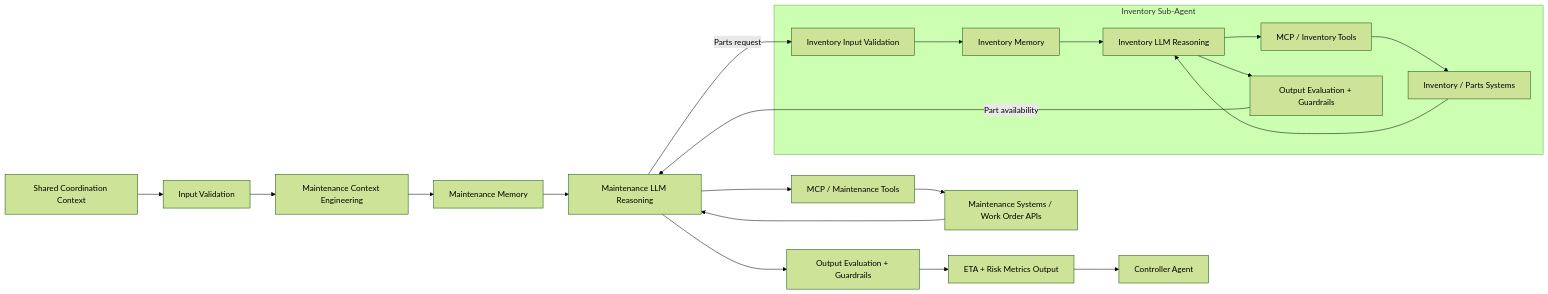
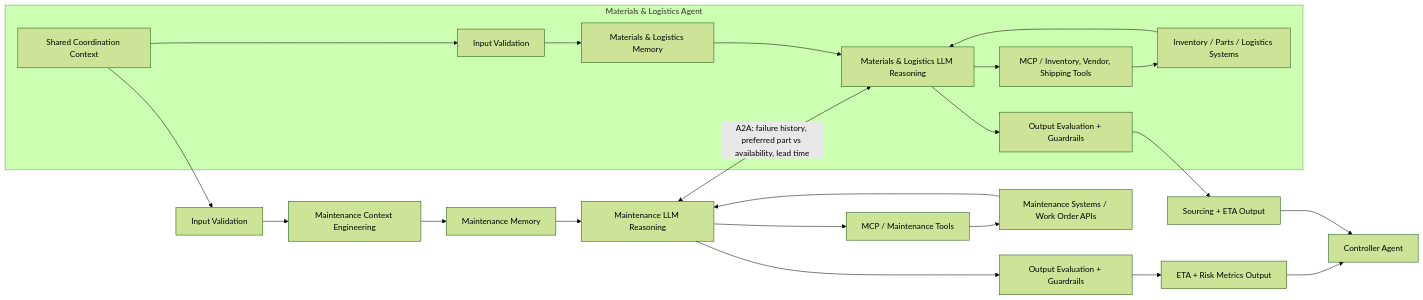
The third of 5 diagrams in docs/proposal.md (jguttikonda/fde_us03_cap), drawn with Mermaid (forest theme) before and after one commit. The commit also changed other lines of this file and 9 other files, not shown here.

````diff
--- a/docs/proposal.md
+++ b/docs/proposal.md
@@ -289,23 +315,25 @@
 ```mermaid
 flowchart LR
     SharedCtx[Shared Coordination Context] --> ValidateM[Input Validation]
     ValidateM --> MCtx[Maintenance Context Engineering]
     MCtx --> MMem[Maintenance Memory]
     MMem --> MLLM[Maintenance LLM Reasoning]
     MLLM --> MTools[MCP / Maintenance Tools]
     MTools --> MAPIs[Maintenance Systems / Work Order APIs]
     MAPIs --> MLLM
-    MLLM -->|Parts request| ValidateI[Inventory Input Validation]
-    subgraph InvSub[Inventory Sub-Agent]
-        ValidateI --> IMem[Inventory Memory]
-        IMem --> ILLM[Inventory LLM Reasoning]
-        ILLM --> ITools[MCP / Inventory Tools]
-        ITools --> IAPIs[Inventory / Parts Systems]
+    MLLM <-->|A2A: failure history, preferred part vs availability, lead time| ILLM
+    subgraph MLG[Materials & Logistics Agent]
+        SharedCtx --> ValidateI[Input Validation]
+        ValidateI --> IMem[Materials & Logistics Memory]
+        IMem --> ILLM[Materials & Logistics LLM Reasoning]
+        ILLM --> ITools[MCP / Inventory, Vendor, Shipping Tools]
+        ITools --> IAPIs[Inventory / Parts / Logistics Systems]
         IAPIs --> ILLM
         ILLM --> EvalI[Output Evaluation + Guardrails]
     end
-    EvalI -->|Part availability| MLLM
     MLLM --> EvalM[Output Evaluation + Guardrails]
     EvalM --> MOut[ETA + Risk Metrics Output]
     MOut --> Controller[Controller Agent]
+    EvalI --> IOut[Sourcing + ETA Output]
+    IOut --> Controller
 ```
````
